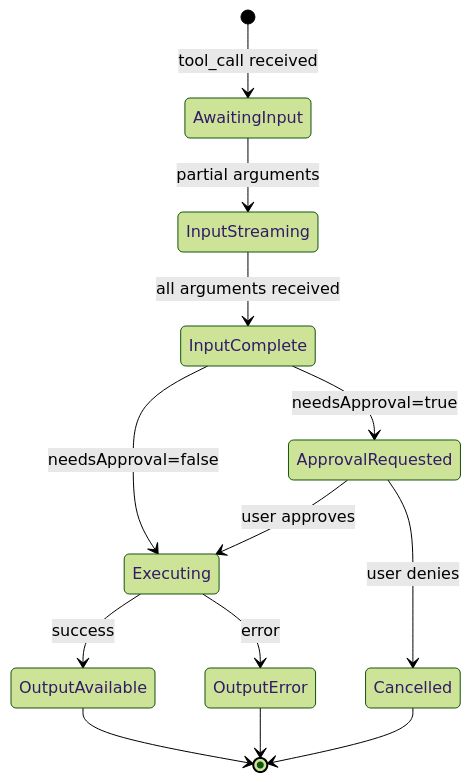
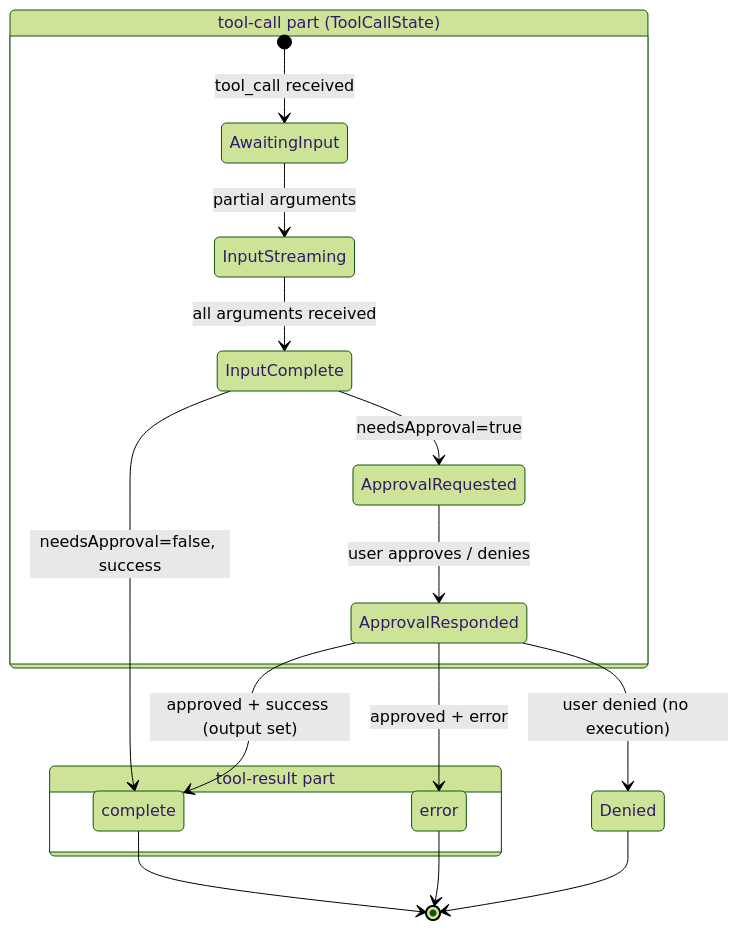
The second of 4 diagrams in docs/tools/tool-architecture.md (TanStack/ai), drawn with Mermaid (forest theme) before and after one commit. The commit also changed other lines of this file and 36 other files, not shown here.

````diff
--- a/docs/tools/tool-architecture.md
+++ b/docs/tools/tool-architecture.md
@@ -124,15 +141,21 @@
 ```mermaid
 stateDiagram-v2
-    [*] --> AwaitingInput: tool_call received
-    AwaitingInput --> InputStreaming: partial arguments
-    InputStreaming --> InputComplete: all arguments received
-    InputComplete --> ApprovalRequested: needsApproval=true
-    InputComplete --> Executing: needsApproval=false
-    ApprovalRequested --> Executing: user approves
-    ApprovalRequested --> Cancelled: user denies
-    Executing --> OutputAvailable: success
-    Executing --> OutputError: error
-    OutputAvailable --> [*]
-    OutputError --> [*]
-    Cancelled --> [*]
+    state "tool-call part (ToolCallState)" as Call {
+        [*] --> AwaitingInput: tool_call received
+        AwaitingInput --> InputStreaming: partial arguments
+        InputStreaming --> InputComplete: all arguments received
+        InputComplete --> ApprovalRequested: needsApproval=true
+        ApprovalRequested --> ApprovalResponded: user approves / denies
+    }
+    InputComplete --> ResultComplete: needsApproval=false, success
+    ApprovalResponded --> ResultComplete: approved + success (output set)
+    ApprovalResponded --> ResultError: approved + error
+    ApprovalResponded --> Denied: user denied (no execution)
+    state "tool-result part" as Results {
+        ResultComplete: complete
+        ResultError: error
+    }
+    ResultComplete --> [*]
+    ResultError --> [*]
+    Denied --> [*]
 ```
````
